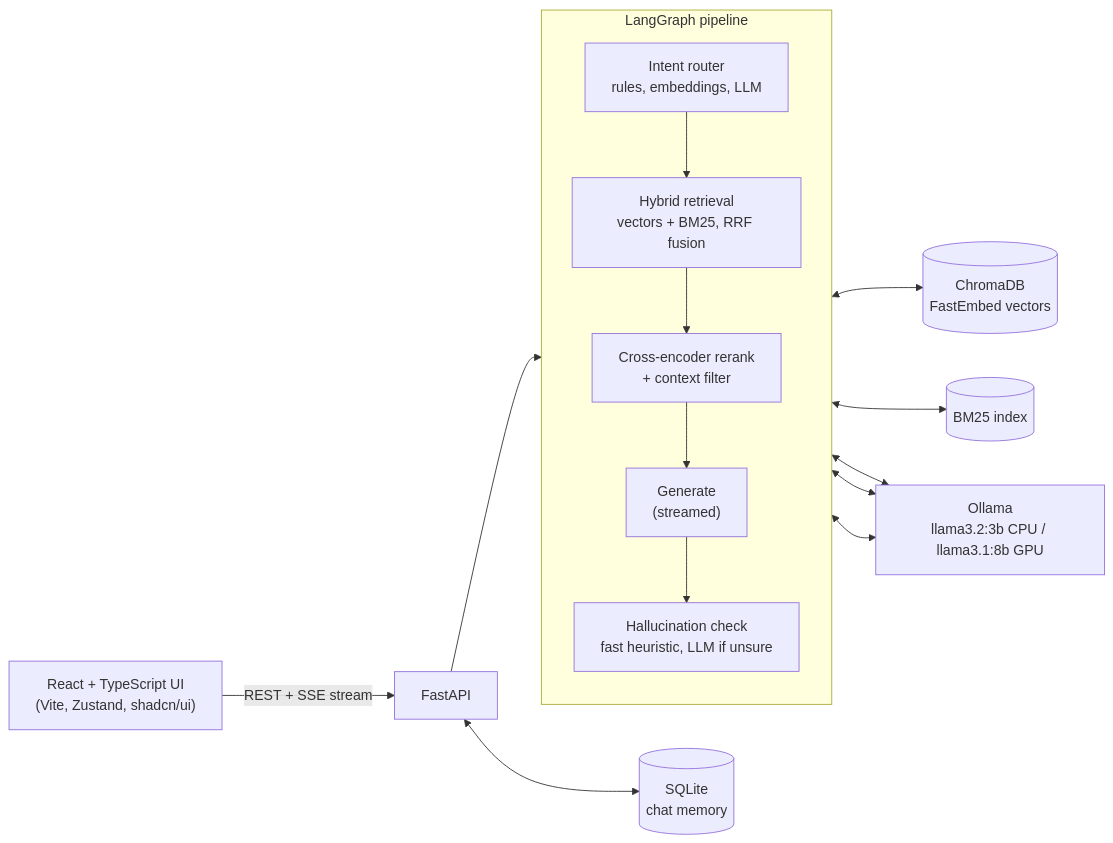
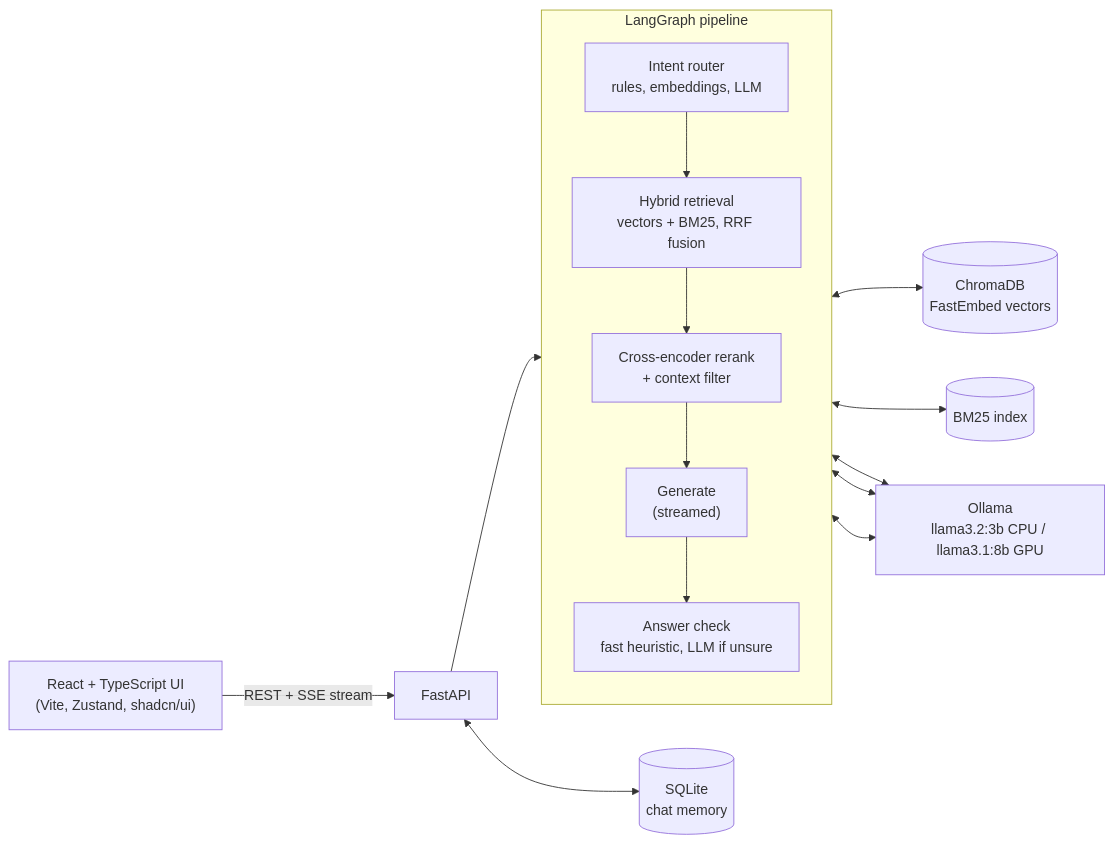
The diagram in README.md (Lerner98/axiom-rag), drawn with Mermaid before and after one commit. The commit also changed other lines of this file and 2 other files, not shown here.

Commit message:
docs: real-speed walkthrough with the on-screen answer check; describe the check modestly

````diff
--- a/README.md
+++ b/README.md
@@ -84,18 +84,18 @@
 ```mermaid
 flowchart LR
     UI["React + TypeScript UI<br/>(Vite, Zustand, shadcn/ui)"] -- "REST + SSE stream" --> API["FastAPI"]
     API --> G
 
     subgraph G["LangGraph pipeline"]
         direction TB
         I["Intent router<br/>rules, embeddings, LLM"] --> R["Hybrid retrieval<br/>vectors + BM25, RRF fusion"]
         R --> RR["Cross-encoder rerank<br/>+ context filter"]
         RR --> GEN["Generate<br/>(streamed)"]
-        GEN --> H["Hallucination check<br/>fast heuristic, LLM if unsure"]
+        GEN --> H["Answer check<br/>fast heuristic, LLM if unsure"]
     end
 
     R <--> C[("ChromaDB<br/>FastEmbed vectors")]
     R <--> B[("BM25 index")]
     I & GEN & H <--> O["Ollama<br/>llama3.2:3b CPU / llama3.1:8b GPU"]
     API <--> M[("SQLite<br/>chat memory")]
 ```
````
